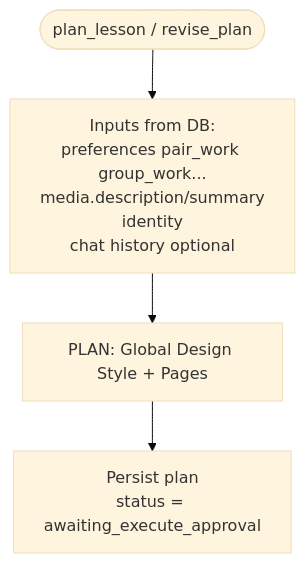
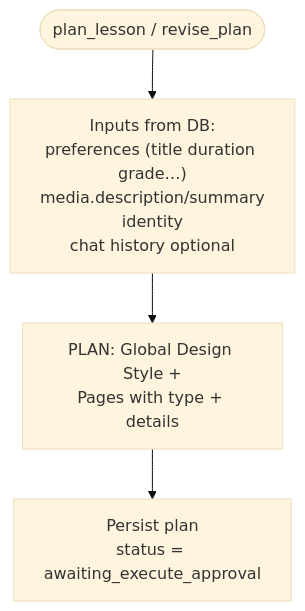
The third of 5 diagrams in docs/architecture/03-lesson-planner-executor-flow.md (BasselSallam2/teacher-mock), drawn with Mermaid (base theme) before and after one commit. The commit also changed other lines of this file and 13 other files, not shown here.

````diff
--- a/docs/architecture/03-lesson-planner-executor-flow.md
+++ b/docs/architecture/03-lesson-planner-executor-flow.md
@@ -103,6 +103,6 @@
 ```mermaid
 flowchart TB
-  Job([plan_lesson / revise_plan]) --> In["Inputs from DB:\npreferences pair_work group_work...\nmedia.description/summary\nidentity\nchat history optional"]
-  In --> Plan["PLAN: Global Design Style + Pages"]
+  Job([plan_lesson / revise_plan]) --> In["Inputs from DB:\npreferences (title duration grade…)\nmedia.description/summary\nidentity\nchat history optional"]
+  In --> Plan["PLAN: Global Design Style +\nPages with type + details"]
   Plan --> Store["Persist plan\nstatus = awaiting_execute_approval"]
 ```
````
